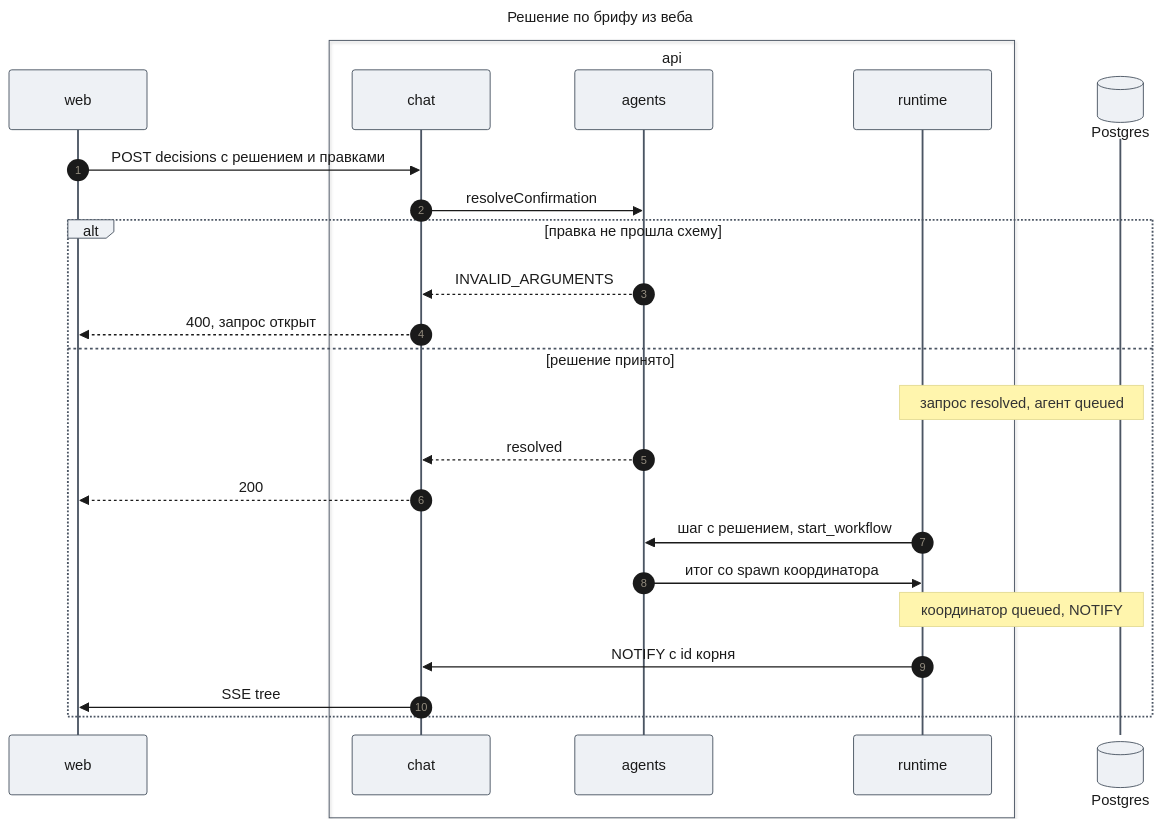
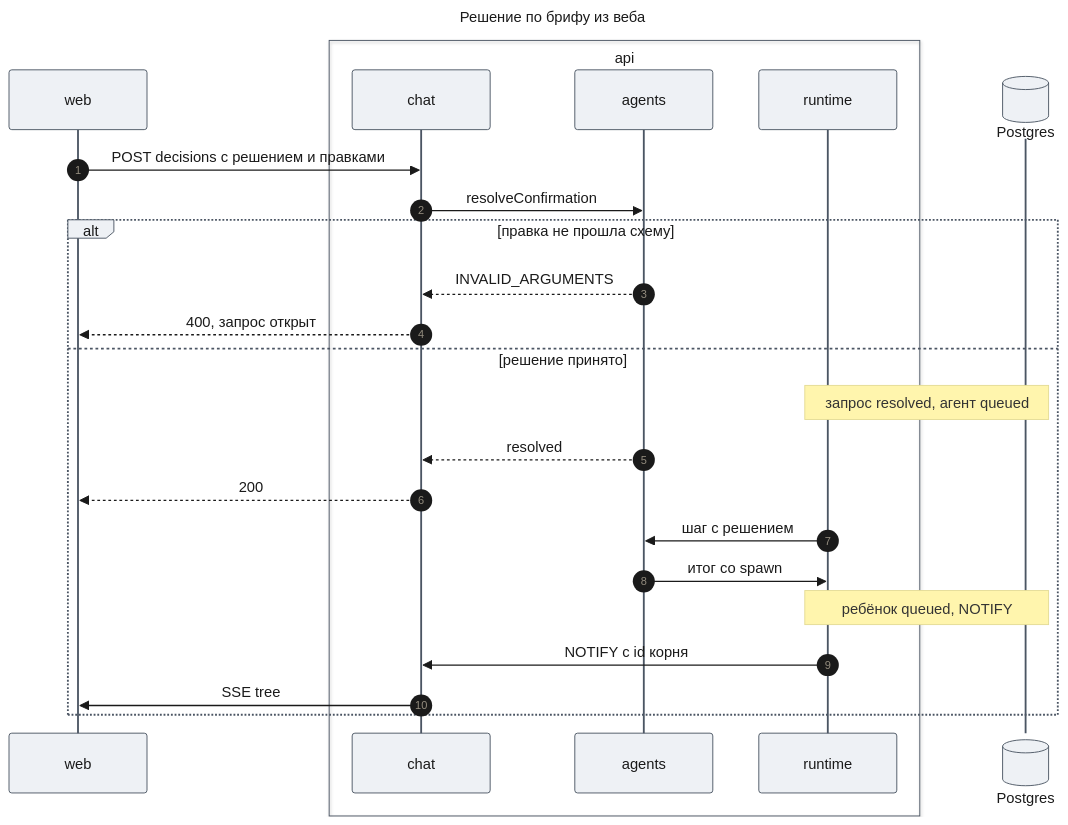
The seventh of 10 diagrams in docs/features/agent-platform/design-chat.md (tundraray/agent-os), drawn with Mermaid before and after one commit. The commit also changed other lines of this file and 1225 other files, not shown here.

````diff
--- a/docs/features/agent-platform/design-chat.md
+++ b/docs/features/agent-platform/design-chat.md
@@ -541,50 +525,50 @@
 ```mermaid
 ---
 title: "Решение по брифу из веба"
 config:
   themeCSS: |
     @keyframes lit_s4{0%,9%{stroke:#991b1b;stroke-width:6px}10%,100%{stroke:#37474f;stroke-width:2px}}
     @keyframes litr_s4{0%,9%{stroke:#1d4ed8;stroke-width:6px}10%,100%{stroke:#37474f;stroke-width:2px}}
     .messageLine0[data-id='i1'],.messageLine1[data-id='i1']{animation:lit_s4 12s linear 0s infinite}
     .messageLine0[data-id='i2'],.messageLine1[data-id='i2']{animation:lit_s4 12s linear 1.2s infinite}
     .messageLine0[data-id='i4'],.messageLine1[data-id='i4']{animation:litr_s4 12s linear 2.4s infinite}
     .messageLine0[data-id='i5'],.messageLine1[data-id='i5']{animation:litr_s4 12s linear 3.6s infinite}
     .messageLine0[data-id='i8'],.messageLine1[data-id='i8']{animation:litr_s4 12s linear 4.8s infinite}
     .messageLine0[data-id='i9'],.messageLine1[data-id='i9']{animation:litr_s4 12s linear 6s infinite}
     .messageLine0[data-id='i10'],.messageLine1[data-id='i10']{animation:litr_s4 12s linear 7.2s infinite}
     .messageLine0[data-id='i11'],.messageLine1[data-id='i11']{animation:lit_s4 12s linear 8.4s infinite}
     .messageLine0[data-id='i13'],.messageLine1[data-id='i13']{animation:litr_s4 12s linear 9.6s infinite}
     .messageLine0[data-id='i14'],.messageLine1[data-id='i14']{animation:litr_s4 12s linear 10.8s infinite}
   theme: base
   look: classic
   themeVariables:
     primaryColor: "#eef1f5"
     primaryBorderColor: "#4b5563"
     primaryTextColor: "#1a1a1a"
     lineColor: "#6b7280"
 ---
 sequenceDiagram
     autonumber
     participant W as web
     box api
     participant C as chat
     participant A as agents
     participant R as runtime
     end
     participant DB@{ "type": "database" } as Postgres
     W->>C: POST decisions с решением и правками
     C->>A: resolveConfirmation
     alt правка не прошла схему
         A-->>C: INVALID_ARGUMENTS
         C-->>W: 400, запрос открыт
     else решение принято
         Note over R,DB: запрос resolved, агент queued
         A-->>C: resolved
         C-->>W: 200
-        R->>A: шаг с решением, start_workflow
-        A->>R: итог со spawn координатора
-        Note over R,DB: координатор queued, NOTIFY
+        R->>A: шаг с решением
+        A->>R: итог со spawn
+        Note over R,DB: ребёнок queued, NOTIFY
         R->>C: NOTIFY с id корня
         C->>W: SSE tree
     end
 ```
````
